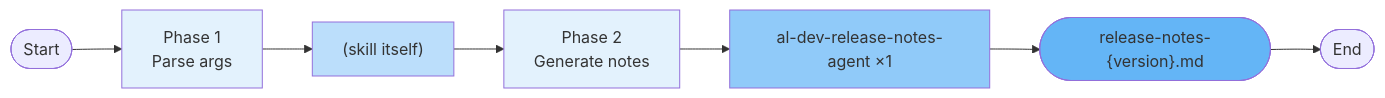
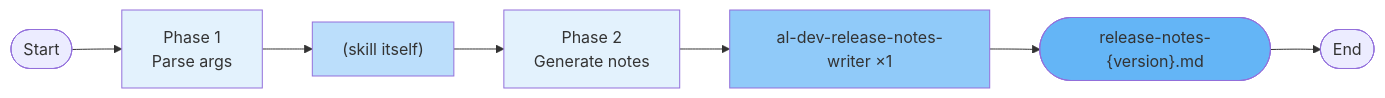
Diagram 13 of 18 in docs/al-dev-plugin-map.md (russell-laing/al-dev-shared), drawn with Mermaid before and after one commit. The commit also changed other lines of this file, not shown here.

````diff
--- a/docs/al-dev-plugin-map.md
+++ b/docs/al-dev-plugin-map.md
@@ -356,15 +360,15 @@
 ```mermaid
 flowchart LR
     Start([Start]) --> Phase1["Phase 1<br/>Parse args"]
     Phase1 --> SkillWork1["(skill itself)"]
     SkillWork1 --> Phase2["Phase 2<br/>Generate notes"]
-    Phase2 --> Agent1["al-dev-release-notes-agent ×1"]
+    Phase2 --> Agent1["al-dev-release-notes-writer ×1"]
     Agent1 --> Output1(["release-notes-{version}.md"])
     Output1 --> End([End])
 
     style Phase1 fill:#e3f2fd
     style Phase2 fill:#e3f2fd
     style SkillWork1 fill:#bbdefb
     style Agent1 fill:#90caf9
     style Output1 fill:#64b5f6
 ```
````
